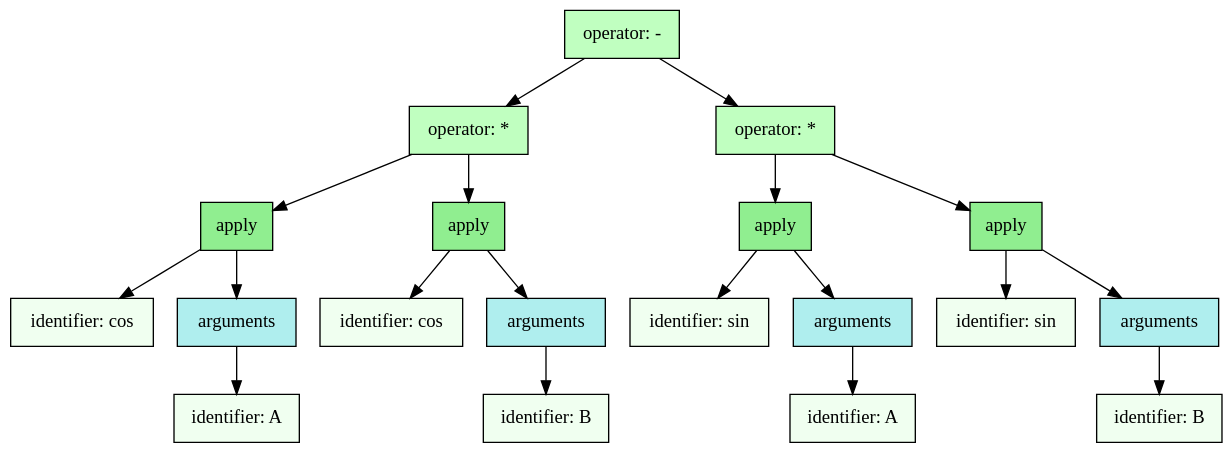
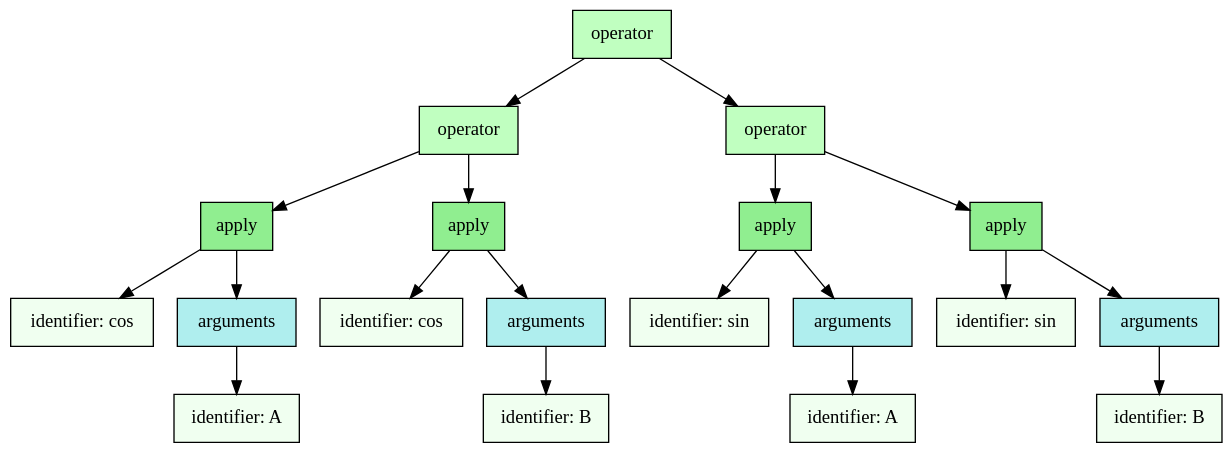
Before and after one commit to monogram-project/monogram-go: the second of 2 diagrams in docs/cosine_addition.md, drawn with Graphviz. The commit also changed other lines of this file and 7 other files, not shown here.

````diff
--- a/docs/cosine_addition.md
+++ b/docs/cosine_addition.md
@@ -293,43 +299,43 @@
 ```dot
 digraph G {
   bgcolor="transparent";
   node [shape="box", style="filled", fontname="Ubuntu Mono"];
-  "131985227991776" [label="operator: -", shape="box", fillcolor="#C0FFC0"];
-  "131985227991856" [label="operator: *", shape="box", fillcolor="#C0FFC0"];
-  "131985227991776" -> "131985227991856";
-  "131985227991936" [label="apply", shape="box", fillcolor="lightgreen"];
-  "131985227991856" -> "131985227991936";
-  "131985227992016" [label="identifier: cos", shape="box", fillcolor="Honeydew"];
-  "131985227991936" -> "131985227992016";
-  "131985227992096" [label="arguments", shape="box", fillcolor="PaleTurquoise"];
-  "131985227991936" -> "131985227992096";
-  "131985227992176" [label="identifier: A", shape="box", fillcolor="Honeydew"];
-  "131985227992096" -> "131985227992176";
-  "131985227992256" [label="apply", shape="box", fillcolor="lightgreen"];
-  "131985227991856" -> "131985227992256";
-  "131985227992336" [label="identifier: cos", shape="box", fillcolor="Honeydew"];
-  "131985227992256" -> "131985227992336";
-  "131985227992416" [label="arguments", shape="box", fillcolor="PaleTurquoise"];
-  "131985227992256" -> "131985227992416";
-  "131985227992496" [label="identifier: B", shape="box", fillcolor="Honeydew"];
-  "131985227992416" -> "131985227992496";
-  "131985227992576" [label="operator: *", shape="box", fillcolor="#C0FFC0"];
-  "131985227991776" -> "131985227992576";
-  "131985227992656" [label="apply", shape="box", fillcolor="lightgreen"];
-  "131985227992576" -> "131985227992656";
-  "131985227992736" [label="identifier: sin", shape="box", fillcolor="Honeydew"];
-  "131985227992656" -> "131985227992736";
-  "131985227992816" [label="arguments", shape="box", fillcolor="PaleTurquoise"];
-  "131985227992656" -> "131985227992816";
-  "131985227992896" [label="identifier: A", shape="box", fillcolor="Honeydew"];
-  "131985227992816" -> "131985227992896";
-  "131985227992976" [label="apply", shape="box", fillcolor="lightgreen"];
-  "131985227992576" -> "131985227992976";
-  "131985227993056" [label="identifier: sin", shape="box", fillcolor="Honeydew"];
-  "131985227992976" -> "131985227993056";
-  "131985227993136" [label="arguments", shape="box", fillcolor="PaleTurquoise"];
-  "131985227992976" -> "131985227993136";
-  "131985227993216" [label="identifier: B", shape="box", fillcolor="Honeydew"];
-  "131985227993136" -> "131985227993216";
+  "128849475111648" [label="operator", shape="box", fillcolor="#C0FFC0"];
+  "128849475111728" [label="operator", shape="box", fillcolor="#C0FFC0"];
+  "128849475111648" -> "128849475111728";
+  "128849475111808" [label="apply", shape="box", fillcolor="lightgreen"];
+  "128849475111728" -> "128849475111808";
+  "128849475111888" [label="identifier: cos", shape="box", fillcolor="Honeydew"];
+  "128849475111808" -> "128849475111888";
+  "128849475111968" [label="arguments", shape="box", fillcolor="PaleTurquoise"];
+  "128849475111808" -> "128849475111968";
+  "128849475112048" [label="identifier: A", shape="box", fillcolor="Honeydew"];
+  "128849475111968" -> "128849475112048";
+  "128849475112128" [label="apply", shape="box", fillcolor="lightgreen"];
+  "128849475111728" -> "128849475112128";
+  "128849475112208" [label="identifier: cos", shape="box", fillcolor="Honeydew"];
+  "128849475112128" -> "128849475112208";
+  "128849475112288" [label="arguments", shape="box", fillcolor="PaleTurquoise"];
+  "128849475112128" -> "128849475112288";
+  "128849475112368" [label="identifier: B", shape="box", fillcolor="Honeydew"];
+  "128849475112288" -> "128849475112368";
+  "128849475112448" [label="operator", shape="box", fillcolor="#C0FFC0"];
+  "128849475111648" -> "128849475112448";
+  "128849475112528" [label="apply", shape="box", fillcolor="lightgreen"];
+  "128849475112448" -> "128849475112528";
+  "128849475112608" [label="identifier: sin", shape="box", fillcolor="Honeydew"];
+  "128849475112528" -> "128849475112608";
+  "128849475112688" [label="arguments", shape="box", fillcolor="PaleTurquoise"];
+  "128849475112528" -> "128849475112688";
+  "128849475112768" [label="identifier: A", shape="box", fillcolor="Honeydew"];
+  "128849475112688" -> "128849475112768";
+  "128849475112848" [label="apply", shape="box", fillcolor="lightgreen"];
+  "128849475112448" -> "128849475112848";
+  "128849475112928" [label="identifier: sin", shape="box", fillcolor="Honeydew"];
+  "128849475112848" -> "128849475112928";
+  "128849475113008" [label="arguments", shape="box", fillcolor="PaleTurquoise"];
+  "128849475112848" -> "128849475113008";
+  "128849475113088" [label="identifier: B", shape="box", fillcolor="Honeydew"];
+  "128849475113008" -> "128849475113088";
 }
 ```
````
